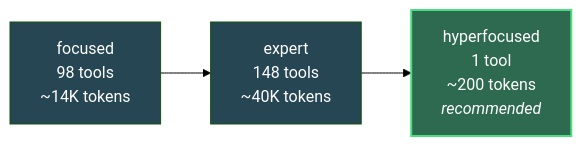
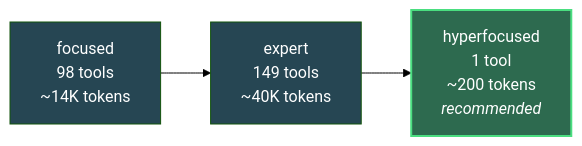
Before and after one commit to oisee/vibing-steampunk: the third of 3 diagrams in README.md, drawn with Mermaid (forest theme). The commit also changed other lines of this file and 8 other files, not shown here.

````diff
--- a/README.md
+++ b/README.md
@@ -2451,8 +2451,8 @@
 ```mermaid
 graph LR
-    F["focused<br/>98 tools<br/>~14K tokens"] --> E["expert<br/>148 tools<br/>~40K tokens"]
+    F["focused<br/>98 tools<br/>~14K tokens"] --> E["expert<br/>149 tools<br/>~40K tokens"]
     E --> H["hyperfocused<br/>1 tool<br/>~200 tokens<br/><i>recommended</i>"]
     style H fill:#2d6a4f,color:#fff,stroke:#4ade80,stroke-width:2px
     style F fill:#264653,color:#fff
     style E fill:#264653,color:#fff
 ```
````
